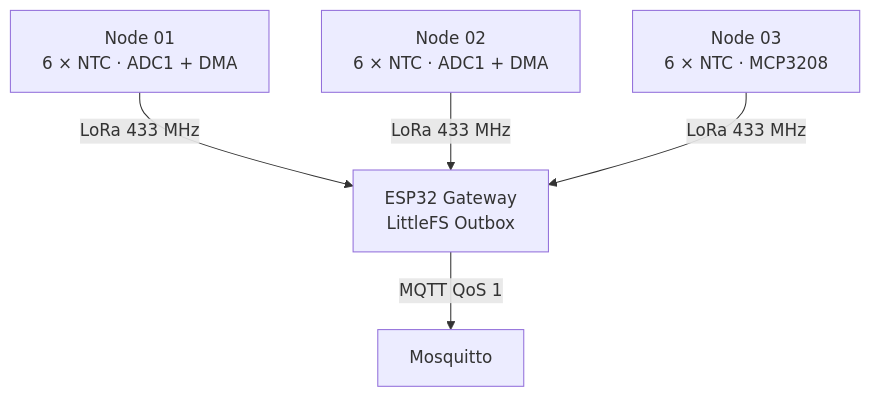
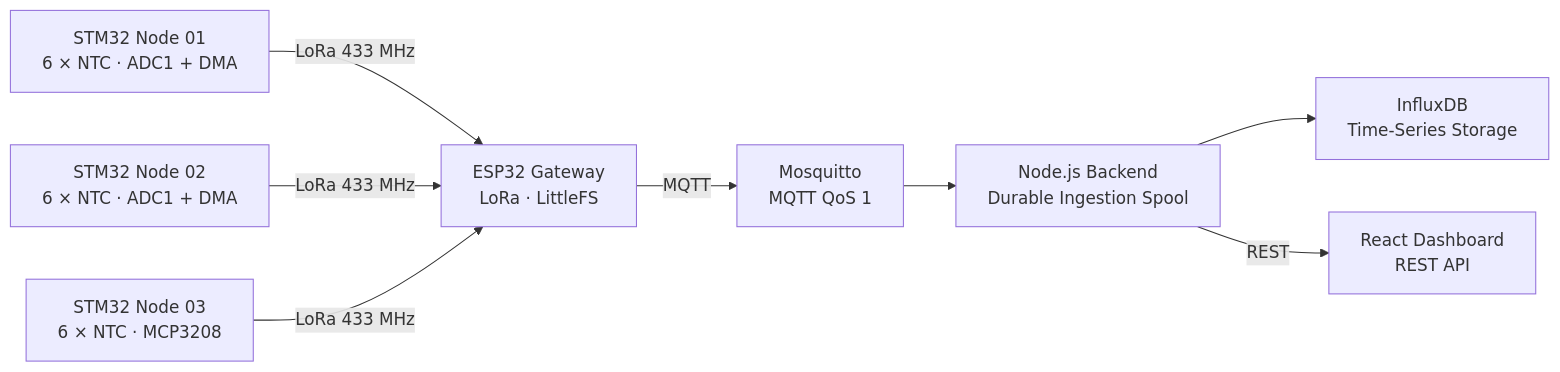
The diagram in README.md (haikevins/iot-system), drawn with Mermaid before and after one commit. The commit also changed other lines of this file and 3 other files, not shown here.

````diff
--- a/README.md
+++ b/README.md
@@ -191,7 +31,19 @@
 ```mermaid
-flowchart TB
-    N1["Node 01<br/>6 × NTC · ADC1 + DMA"] -->|"LoRa 433 MHz"| GW["ESP32 Gateway<br/>LittleFS Outbox"]
-    N2["Node 02<br/>6 × NTC · ADC1 + DMA"] -->|"LoRa 433 MHz"| GW
-    N3["Node 03<br/>6 × NTC · MCP3208"] -->|"LoRa 433 MHz"| GW
-    GW -->|"MQTT QoS 1"| MQ["Mosquitto"]
+flowchart LR
+    N1["STM32 Node 01<br/>6 × NTC · ADC1 + DMA"]
+    N2["STM32 Node 02<br/>6 × NTC · ADC1 + DMA"]
+    N3["STM32 Node 03<br/>6 × NTC · MCP3208"]
+    G["ESP32 Gateway<br/>LoRa · LittleFS"]
+    M["Mosquitto<br/>MQTT QoS 1"]
+    B["Node.js Backend<br/>Durable Ingestion Spool"]
+    I["InfluxDB<br/>Time-Series Storage"]
+    F["React Dashboard<br/>REST API"]
+
+    N1 -->|LoRa 433 MHz| G
+    N2 -->|LoRa 433 MHz| G
+    N3 -->|LoRa 433 MHz| G
+    G -->|MQTT| M
+    M --> B
+    B --> I
+    B -->|REST| F
 ```
````
